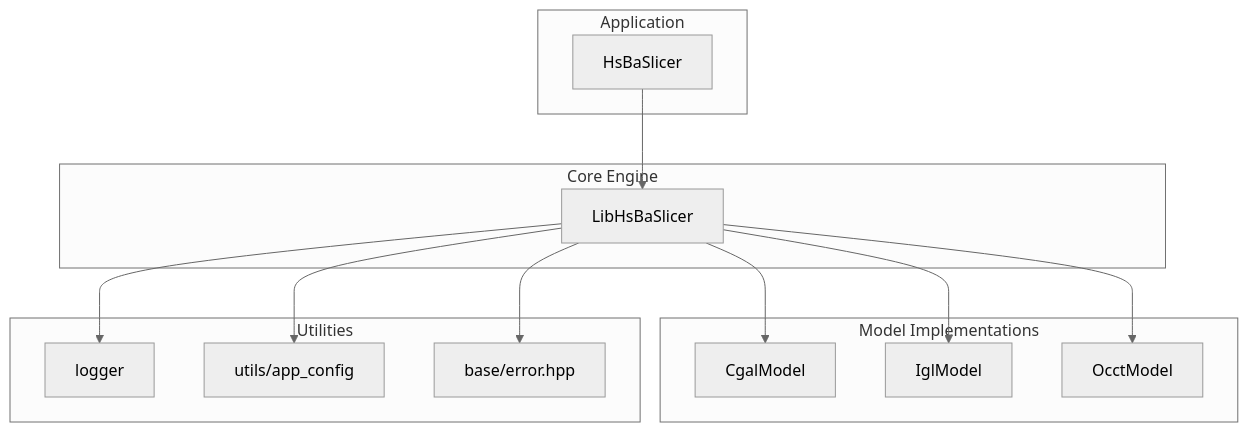
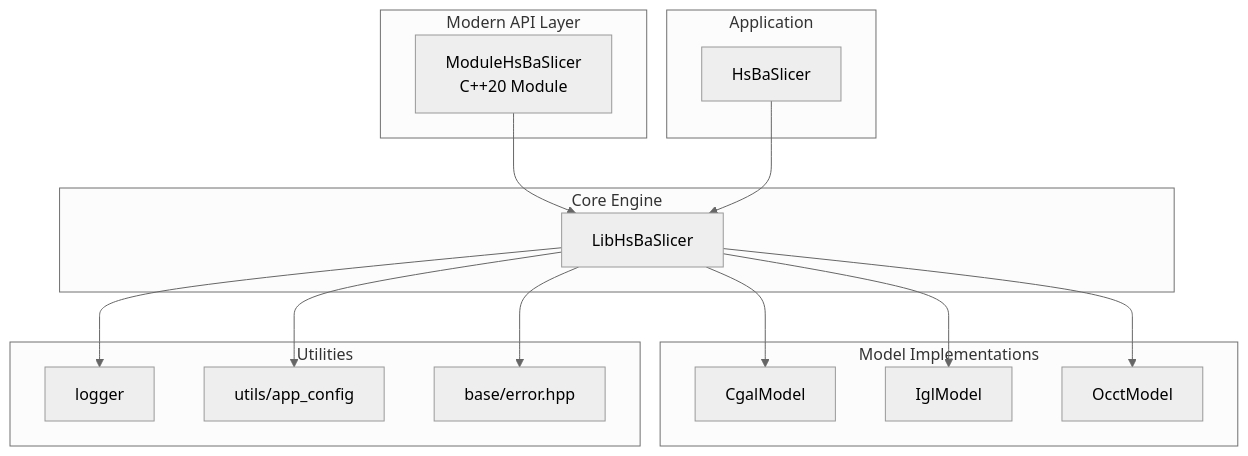
Before and after one commit to hsmbanlance/HsBaSlicer: the first of 8 diagrams in .qoder/repowiki/en/content/Core Architecture/Core Architecture.md, drawn with Mermaid (neutral theme). The commit also changed other lines of this file and 19 other files, not shown here.

````diff
--- a/.qoder/repowiki/en/content/Core Architecture/Core Architecture.md
+++ b/.qoder/repowiki/en/content/Core Architecture/Core Architecture.md
@@ -38,26 +54,30 @@
 ```mermaid
 graph TB
+subgraph "Modern API Layer"
+ModuleHsBaSlicer[ModuleHsBaSlicer<br/>C++20 Module]
+end
 subgraph "Core Engine"
 LibHsBaSlicer[LibHsBaSlicer]
 end
 subgraph "Model Implementations"
 CgalModel[CgalModel]
 IglModel[IglModel]
 OcctModel[OcctModel]
 end
 subgraph "Utilities"
 Logger[logger]
 Config[utils/app_config]
 Error[base/error.hpp]
 end
 subgraph "Application"
 HsBaSlicer[HsBaSlicer]
 end
+ModuleHsBaSlicer --> LibHsBaSlicer
 HsBaSlicer --> LibHsBaSlicer
 LibHsBaSlicer --> CgalModel
 LibHsBaSlicer --> IglModel
 LibHsBaSlicer --> OcctModel
 LibHsBaSlicer --> Logger
 LibHsBaSlicer --> Config
 LibHsBaSlicer --> Error
 ```
````
